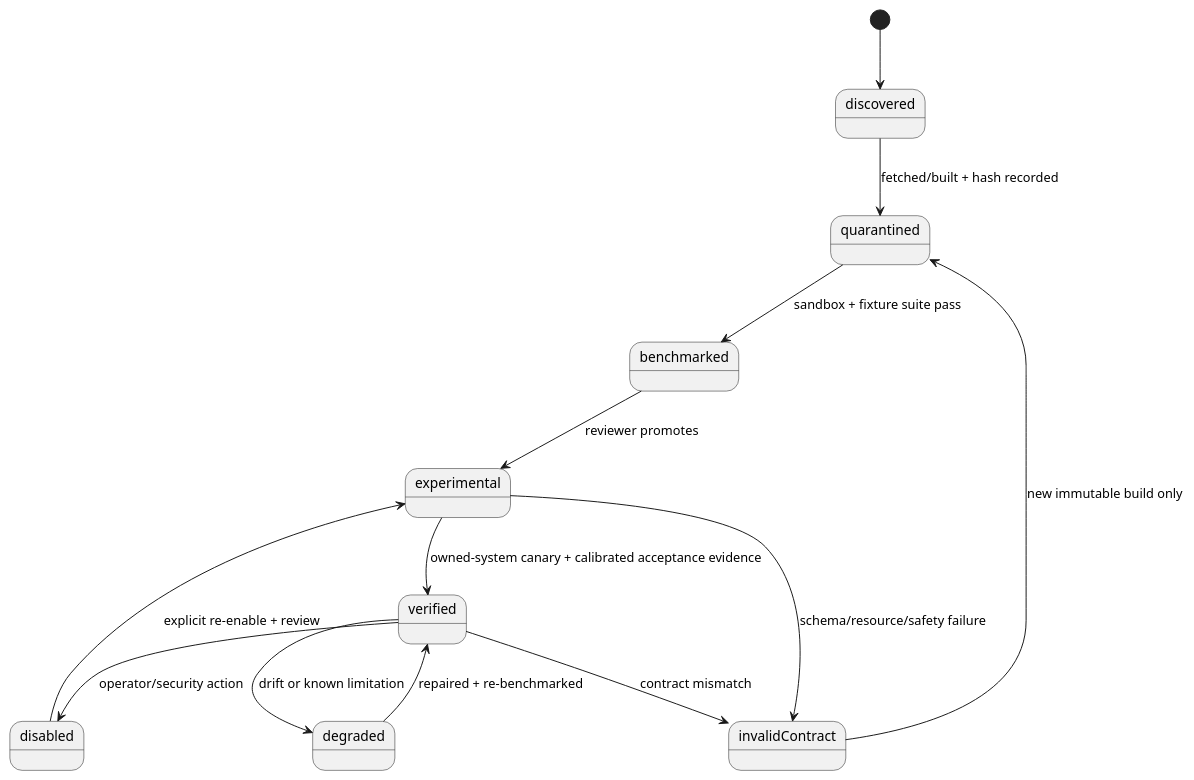
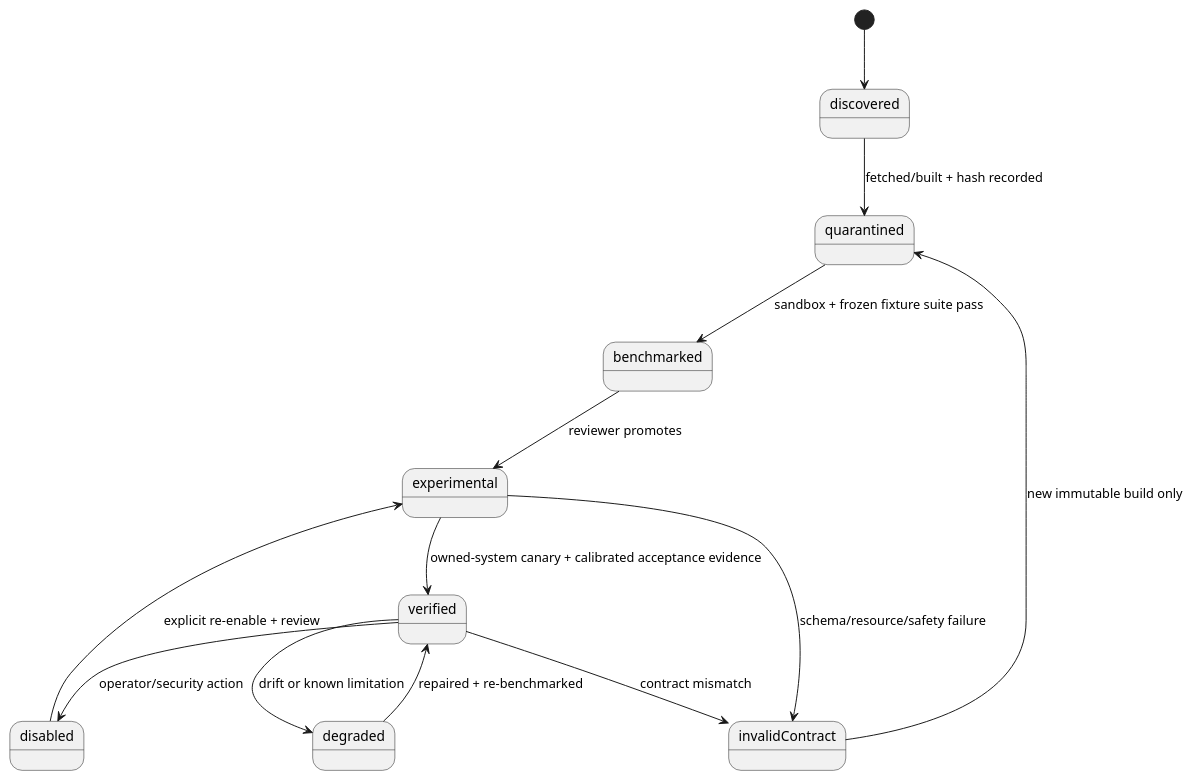
One commit to lost-rob0t/starintel-auto-research changed the third of 3 diagrams in roam/design/starintel-pro-actors/STAR-PRO-CAPTCHA-004-self-sourced-local-solver-actors.org. Above: the diagram before and after it, drawn with PlantUML. The commit also changed other lines of this file, not shown here.

```diff
--- a/roam/design/starintel-pro-actors/STAR-PRO-CAPTCHA-004-self-sourced-local-solver-actors.org
+++ b/roam/design/starintel-pro-actors/STAR-PRO-CAPTCHA-004-self-sourced-local-solver-actors.org
@@ -404,16 +447,16 @@
 #+begin_src plantuml
 @startuml
 [*] --> discovered
- discovered --> quarantined : fetched/built + hash recorded
-quarantined --> benchmarked : sandbox + fixture suite pass
+discovered --> quarantined : fetched/built + hash recorded
+quarantined --> benchmarked : sandbox + frozen fixture suite pass
 benchmarked --> experimental : reviewer promotes
 experimental --> verified : owned-system canary + calibrated acceptance evidence
 experimental --> invalidContract : schema/resource/safety failure
 verified --> degraded : drift or known limitation
 verified --> disabled : operator/security action
 verified --> invalidContract : contract mismatch
- degraded --> verified : repaired + re-benchmarked
+degraded --> verified : repaired + re-benchmarked
 invalidContract --> quarantined : new immutable build only
- disabled --> experimental : explicit re-enable + review
+disabled --> experimental : explicit re-enable + review
 @enduml
 #+end_src
```
